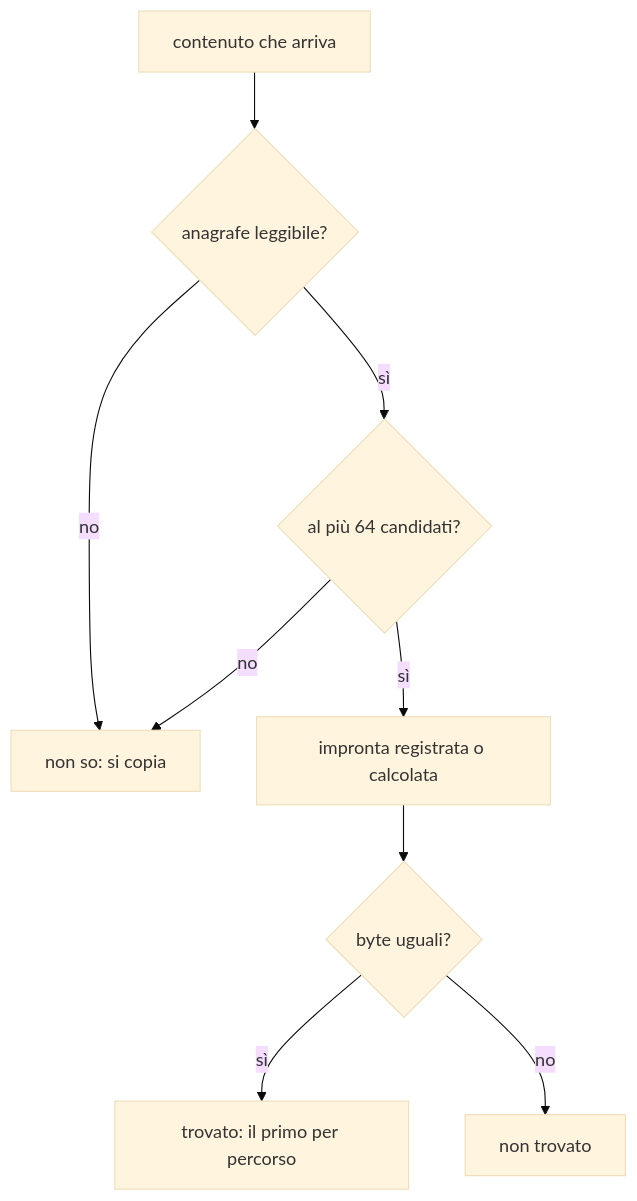
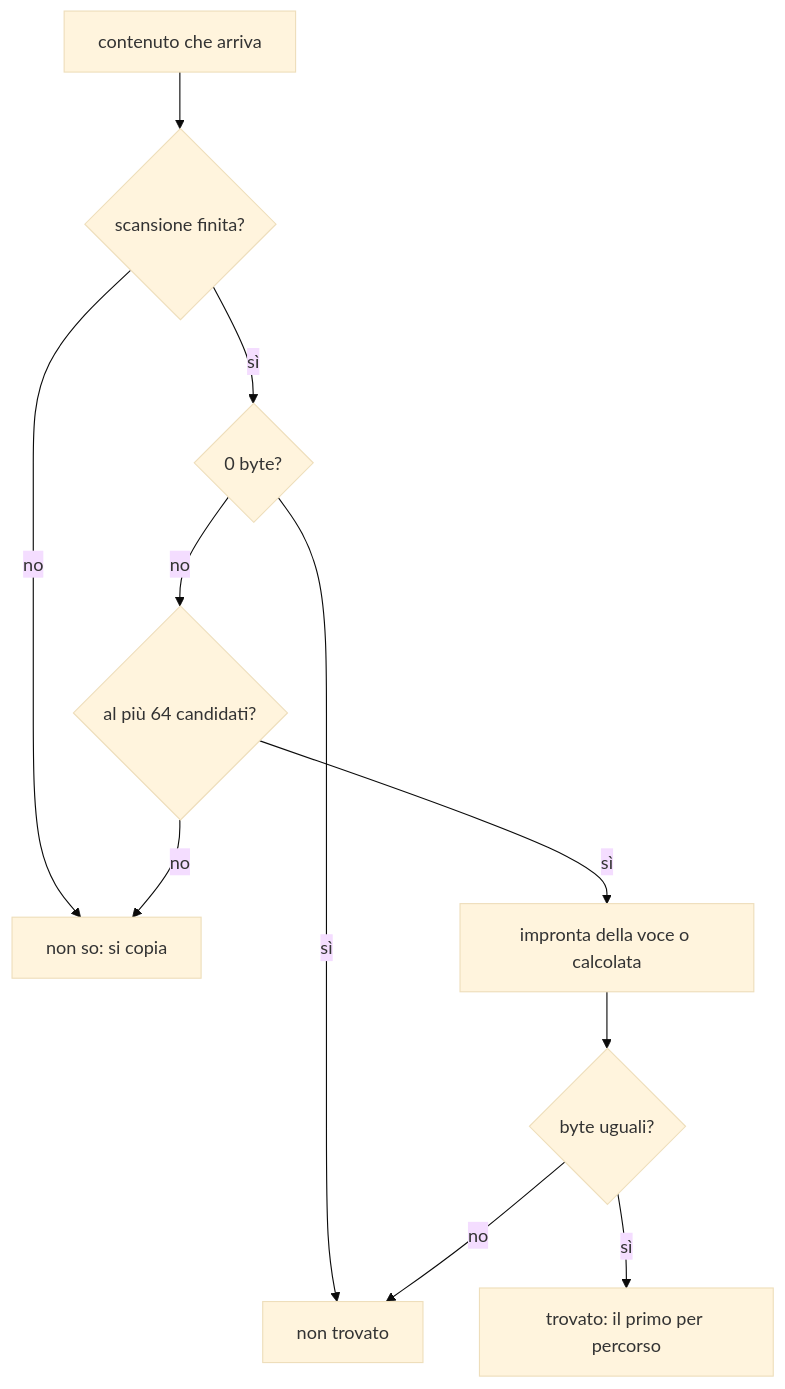
One commit to Fubeo/Fub changed the fourth of 4 diagrams in docs/architecture/storage-and-identity.md. Above: the diagram before and after it, drawn with Mermaid (base theme). The commit also changed other lines of this file and 14 other files, not shown here.

````diff
--- a/docs/architecture/storage-and-identity.md
+++ b/docs/architecture/storage-and-identity.md
@@ -238,11 +239,13 @@
 ```mermaid
 flowchart TD
-    Q["contenuto che arriva"] --> T{"anagrafe leggibile?"}
+    Q["contenuto che arriva"] --> T{"scansione finita?"}
     T -- "no" --> U["non so: si copia"]
-    T -- "sì" --> C{"al più 64 candidati?"}
+    T -- "sì" --> E{"0 byte?"}
+    E -- "sì" --> N
+    E -- "no" --> C{"al più 64 candidati?"}
     C -- "no" --> U
-    C -- "sì" --> H["impronta registrata o calcolata"]
+    C -- "sì" --> H["impronta della voce o calcolata"]
     H --> B{"byte uguali?"}
     B -- "sì" --> F["trovato: il primo per percorso"]
     B -- "no" --> N["non trovato"]
 ```
````
